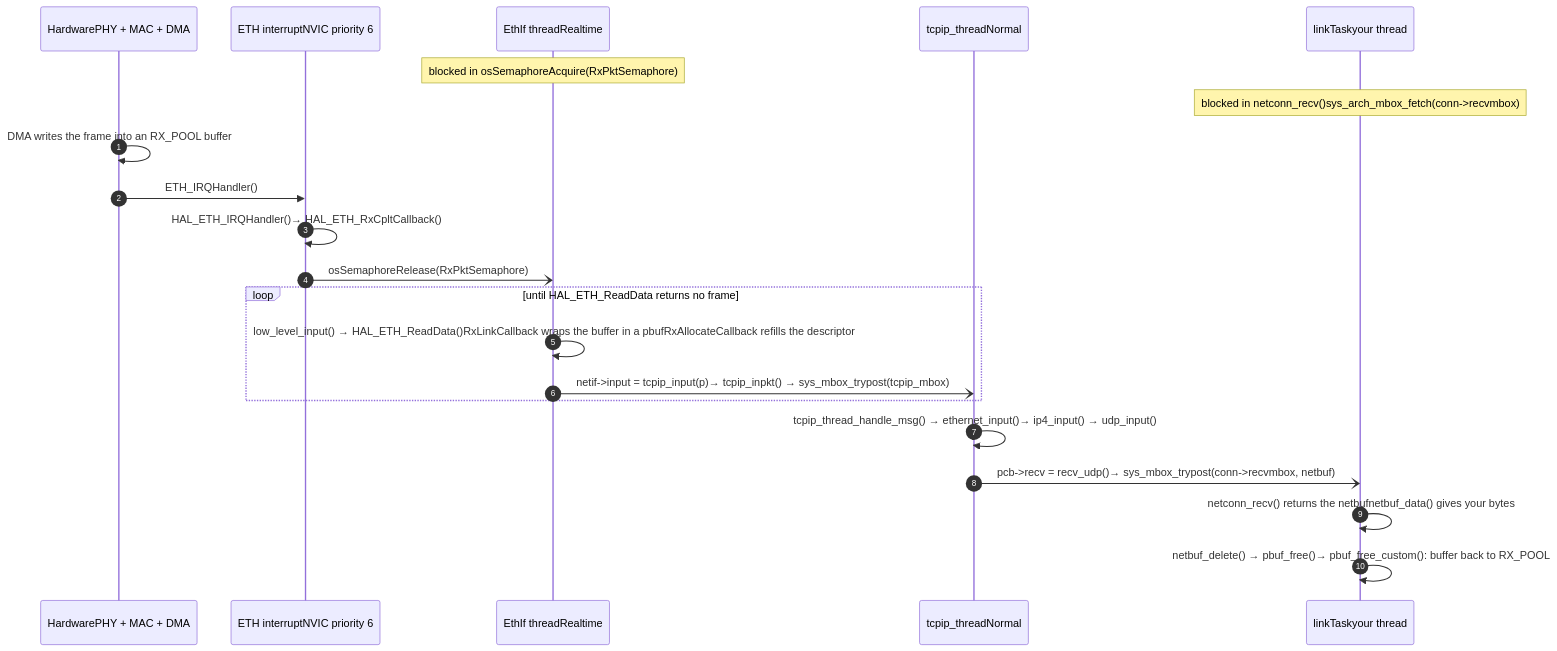
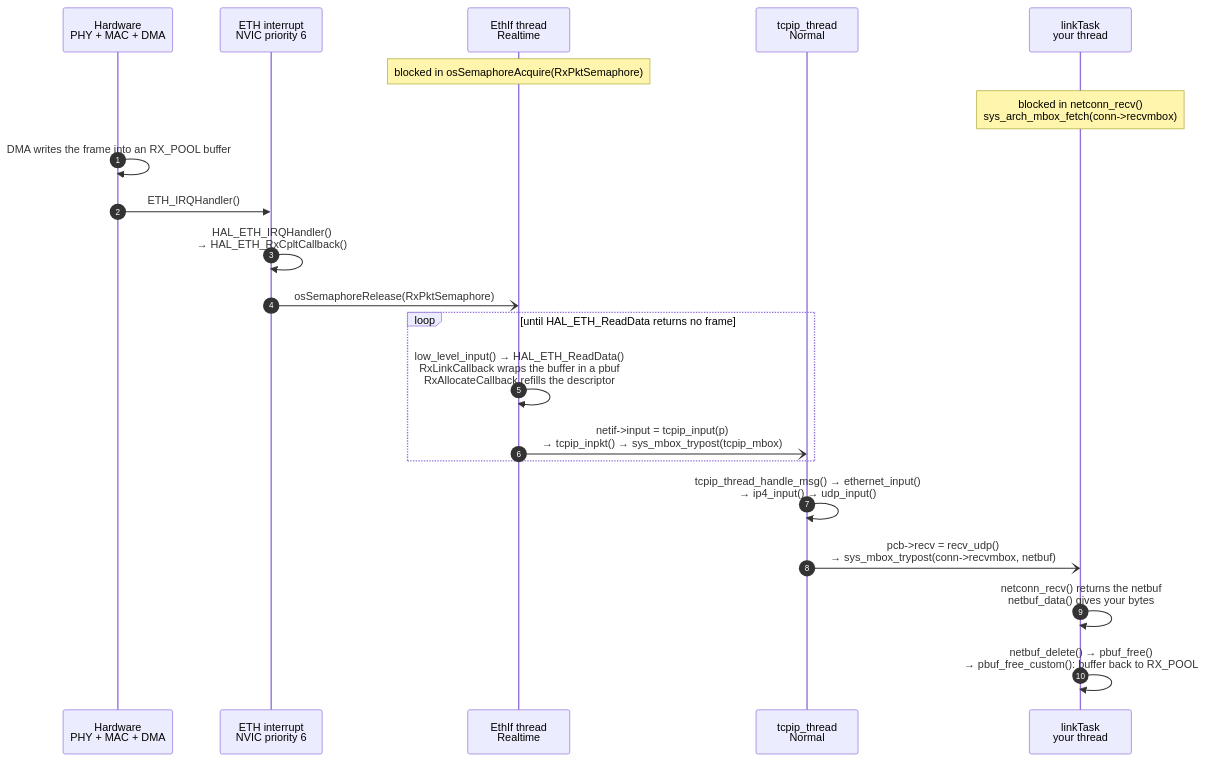
Before and after one commit to floriangmeiner/demo_project_kci: the first of 2 diagrams in references/lwIP_call_flow.md, drawn with Mermaid. The commit also changed other lines of this file and 1 other file, not shown here.

````diff
--- a/references/lwIP_call_flow.md
+++ b/references/lwIP_call_flow.md
@@ -23,23 +31,23 @@
 ```mermaid
 sequenceDiagram
   autonumber
-  participant HW as HardwarePHY + MAC + DMA
-  participant ISR as ETH interruptNVIC priority 6
-  participant EI as EthIf threadRealtime
-  participant TT as tcpip_threadNormal
-  participant LT as linkTaskyour thread
+  participant HW as Hardware<br/>PHY + MAC + DMA
+  participant ISR as ETH interrupt<br/>NVIC priority 6
+  participant EI as EthIf thread<br/>Realtime
+  participant TT as tcpip_thread<br/>Normal
+  participant LT as linkTask<br/>your thread
   Note over EI: blocked in osSemaphoreAcquire(RxPktSemaphore)
-  Note over LT: blocked in netconn_recv()sys_arch_mbox_fetch(conn->recvmbox)
+  Note over LT: blocked in netconn_recv()<br/>sys_arch_mbox_fetch(conn->recvmbox)
   HW->>HW: DMA writes the frame into an RX_POOL buffer
   HW->>ISR: ETH_IRQHandler()
-  ISR->>ISR: HAL_ETH_IRQHandler()→ HAL_ETH_RxCpltCallback()
+  ISR->>ISR: HAL_ETH_IRQHandler()<br/>→ HAL_ETH_RxCpltCallback()
   ISR-)EI: osSemaphoreRelease(RxPktSemaphore)
   loop until HAL_ETH_ReadData returns no frame
-    EI->>EI: low_level_input() → HAL_ETH_ReadData()RxLinkCallback wraps the buffer in a pbufRxAllocateCallback refills the descriptor
-    EI-)TT: netif->input = tcpip_input(p)→ tcpip_inpkt() → sys_mbox_trypost(tcpip_mbox)
+    EI->>EI: low_level_input() → HAL_ETH_ReadData()<br/>RxLinkCallback wraps the buffer in a pbuf<br/>RxAllocateCallback refills the descriptor
+    EI-)TT: netif->input = tcpip_input(p)<br/>→ tcpip_inpkt() → sys_mbox_trypost(tcpip_mbox)
   end
-  TT->>TT: tcpip_thread_handle_msg() → ethernet_input()→ ip4_input() → udp_input()
-  TT-)LT: pcb->recv = recv_udp()→ sys_mbox_trypost(conn->recvmbox, netbuf)
-  LT->>LT: netconn_recv() returns the netbufnetbuf_data() gives your bytes
-  LT->>LT: netbuf_delete() → pbuf_free()→ pbuf_free_custom(): buffer back to RX_POOL
+  TT->>TT: tcpip_thread_handle_msg() → ethernet_input()<br/>→ ip4_input() → udp_input()
+  TT-)LT: pcb->recv = recv_udp()<br/>→ sys_mbox_trypost(conn->recvmbox, netbuf)
+  LT->>LT: netconn_recv() returns the netbuf<br/>netbuf_data() gives your bytes
+  LT->>LT: netbuf_delete() → pbuf_free()<br/>→ pbuf_free_custom(): buffer back to RX_POOL
 ```
````
